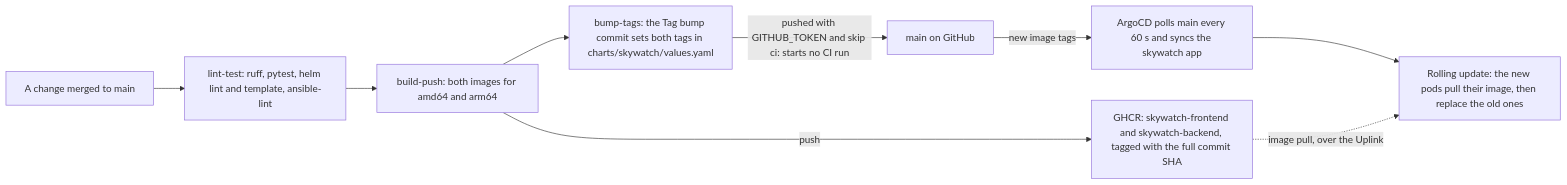
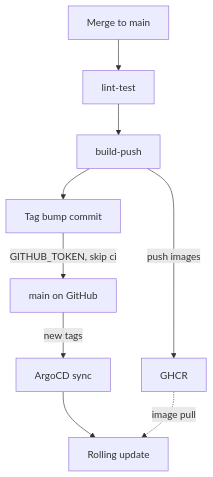
One commit to sela27/speedata-home-assignments changed the second of 2 diagrams in README.md. Above: the diagram before and after it, drawn with Mermaid. The commit also changed other lines of this file, not shown here.

````diff
--- a/README.md
+++ b/README.md
@@ -390,18 +381,18 @@
 ```mermaid
-flowchart LR
-  change["A change merged to main"]
-  lt["lint-test: ruff, pytest, helm lint and template, ansible-lint"]
-  bp["build-push: both images for amd64 and arm64"]
-  ghcr["GHCR: skywatch-frontend and skywatch-backend, tagged with the full commit SHA"]
-  bump["bump-tags: the Tag bump commit sets both tags in charts/skywatch/values.yaml"]
+flowchart TB
+  change["Merge to main"]
+  lt["lint-test"]
+  bp["build-push"]
+  ghcr["GHCR"]
+  bump["Tag bump commit"]
   gitmain["main on GitHub"]
-  argo["ArgoCD polls main every 60 s and syncs the skywatch app"]
-  roll["Rolling update: the new pods pull their image, then replace the old ones"]
+  argo["ArgoCD sync"]
+  roll["Rolling update"]
   change --> lt --> bp
-  bp -->|"push"| ghcr
+  bp -->|"push images"| ghcr
   bp --> bump
-  bump -->|"pushed with GITHUB_TOKEN and skip ci: starts no CI run"| gitmain
-  gitmain -->|"new image tags"| argo
+  bump -->|"GITHUB_TOKEN, skip ci"| gitmain
+  gitmain -->|"new tags"| argo
   argo --> roll
-  ghcr -.->|"image pull, over the Uplink"| roll
+  ghcr -.->|"image pull"| roll
 ```
````
